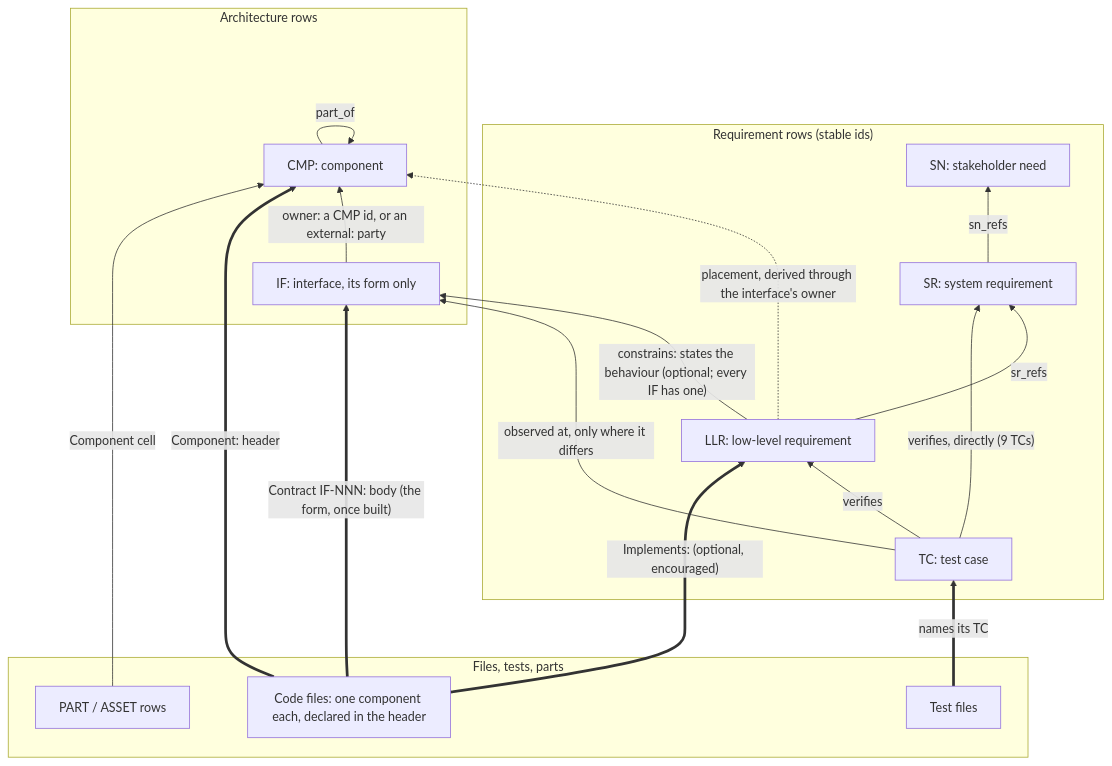
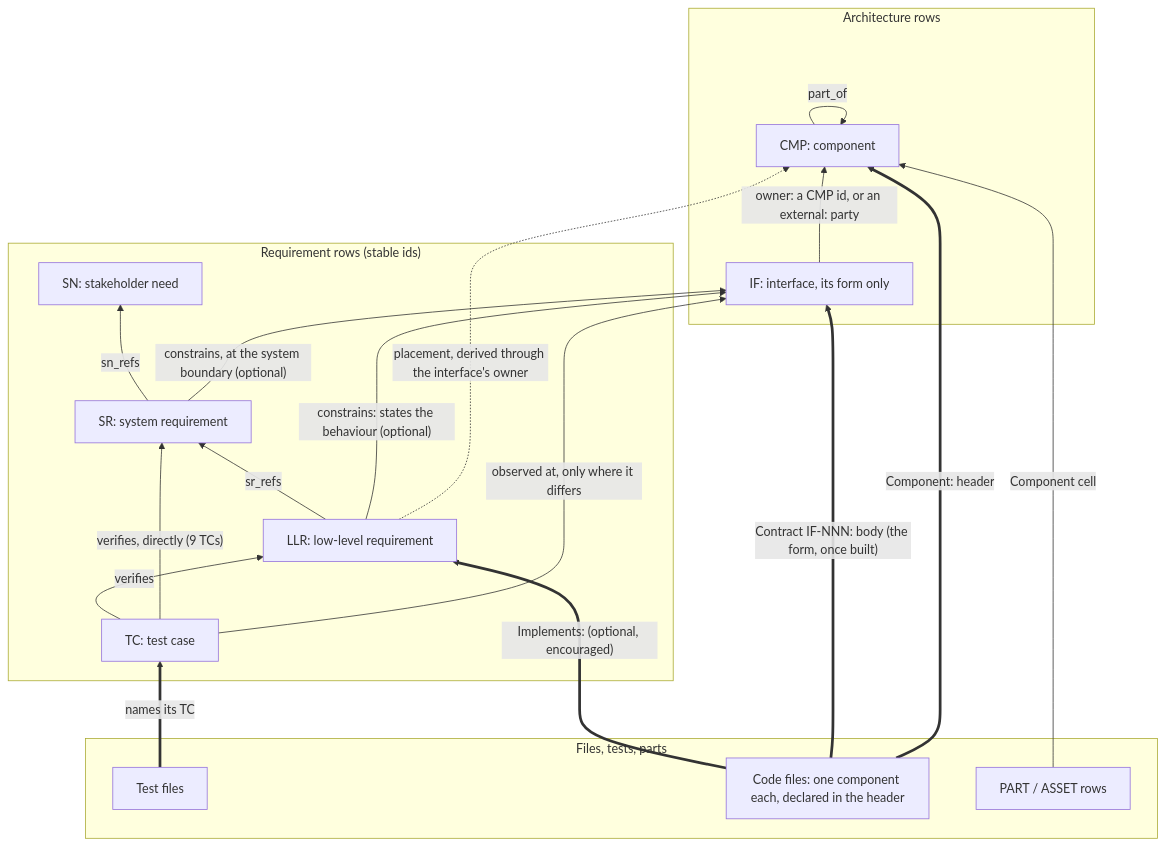
The diagram in docs/plans/2026-10-11-review-churn/pointer-rules.md (diytechy/ai-template), drawn with Mermaid before and after one commit. The commit also changed other lines of this file and 8 other files, not shown here.

````diff
--- a/docs/plans/2026-10-11-review-churn/pointer-rules.md
+++ b/docs/plans/2026-10-11-review-churn/pointer-rules.md
@@ -18,33 +18,34 @@
 ```mermaid
 flowchart BT
   subgraph REQ["Requirement rows (stable ids)"]
     SN["SN: stakeholder need"]
     SR["SR: system requirement"]
     LLR["LLR: low-level requirement"]
     TC["TC: test case"]
   end
   subgraph ARCH["Architecture rows"]
     IF["IF: interface, its form only"]
     CMP["CMP: component"]
   end
   subgraph REAL["Files, tests, parts"]
     TESTS["Test files"]
     CODE["Code files: one component each, declared in the header"]
     PARTS["PART / ASSET rows"]
   end
 
   SR -->|sn_refs| SN
   LLR -->|sr_refs| SR
   TC -->|verifies| LLR
   TC -->|"verifies, directly (9 TCs)"| SR
-  LLR -->|"constrains: states the behaviour (optional; every IF has one)"| IF
+  LLR -->|"constrains: states the behaviour (optional)"| IF
+  SR -->|"constrains, at the system boundary (optional)"| IF
   TC -->|"observed at, only where it differs"| IF
   IF -->|"owner: a CMP id, or an external: party"| CMP
   CMP -->|part_of| CMP
   TESTS ==>|"names its TC"| TC
   CODE ==>|"Implements: (optional, encouraged)"| LLR
   CODE ==>|"Contract IF-NNN: body (the form, once built)"| IF
   CODE ==>|"Component: header"| CMP
   PARTS -->|Component cell| CMP
   LLR -. "placement, derived through the interface's owner" .-> CMP
 ```
````
